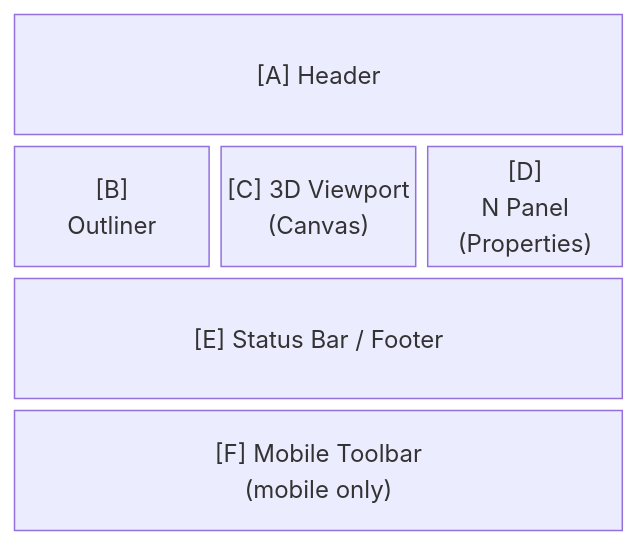
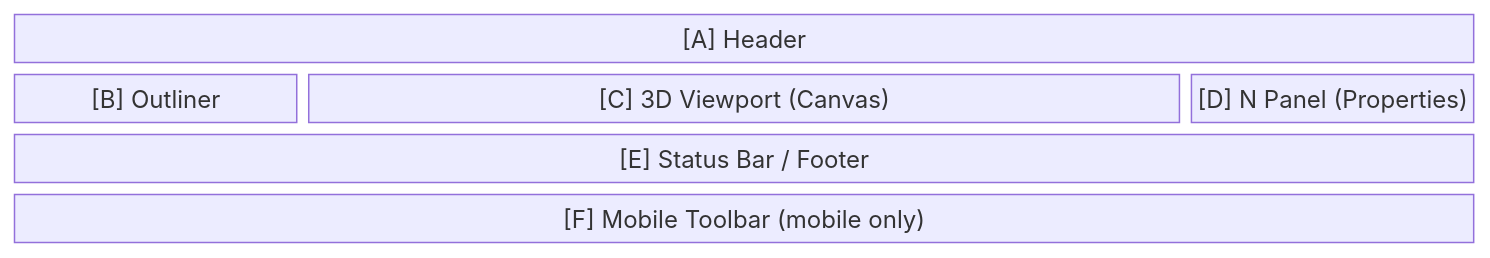
The diagram in docs/SCREEN_DESIGN.md (yuubae215/easy-extrude), drawn with Mermaid before and after one commit. The commit also changed 1 other file, not shown here.

Commit message:
docs: adjust Mermaid block diagram proportions (columns 3 → 5, viewport 3/5 width)
Use 1:3:1 column ratio so the center viewport block is visually dominant,
matching the actual desktop layout where the canvas is the widest area.

https://claude.ai/code/session_01YFkNkmXh91b7LVbwHSxpdV

````diff
--- a/docs/SCREEN_DESIGN.md
+++ b/docs/SCREEN_DESIGN.md
@@ -34,8 +34,8 @@
 ```mermaid
 block-beta
-  columns 3
-  A["[A] Header"]:3
-  B["[B]\nOutliner"] C["[C] 3D Viewport\n(Canvas)"] D["[D]\nN Panel\n(Properties)"]
-  E["[E] Status Bar / Footer"]:3
-  F["[F] Mobile Toolbar\n(mobile only)"]:3
+  columns 5
+  A["[A] Header"]:5
+  B["[B] Outliner"] C["[C] 3D Viewport (Canvas)"]:3 D["[D] N Panel (Properties)"]
+  E["[E] Status Bar / Footer"]:5
+  F["[F] Mobile Toolbar (mobile only)"]:5
 ```
````
